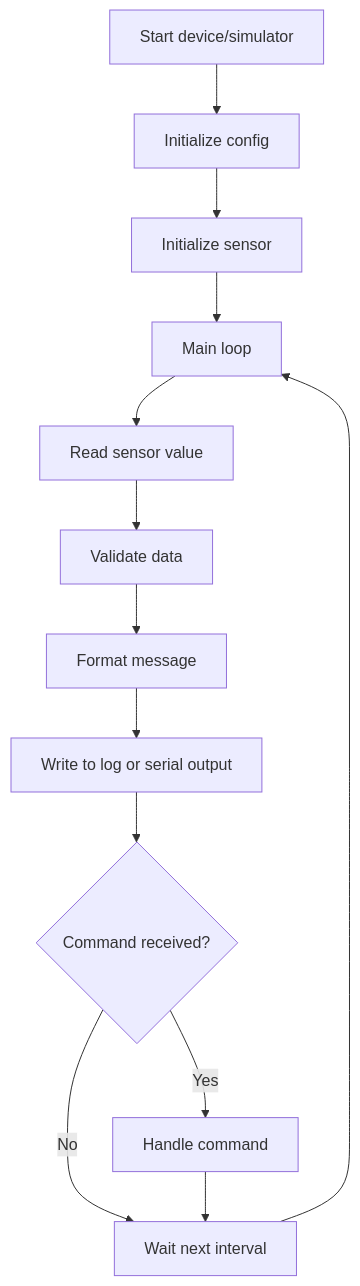
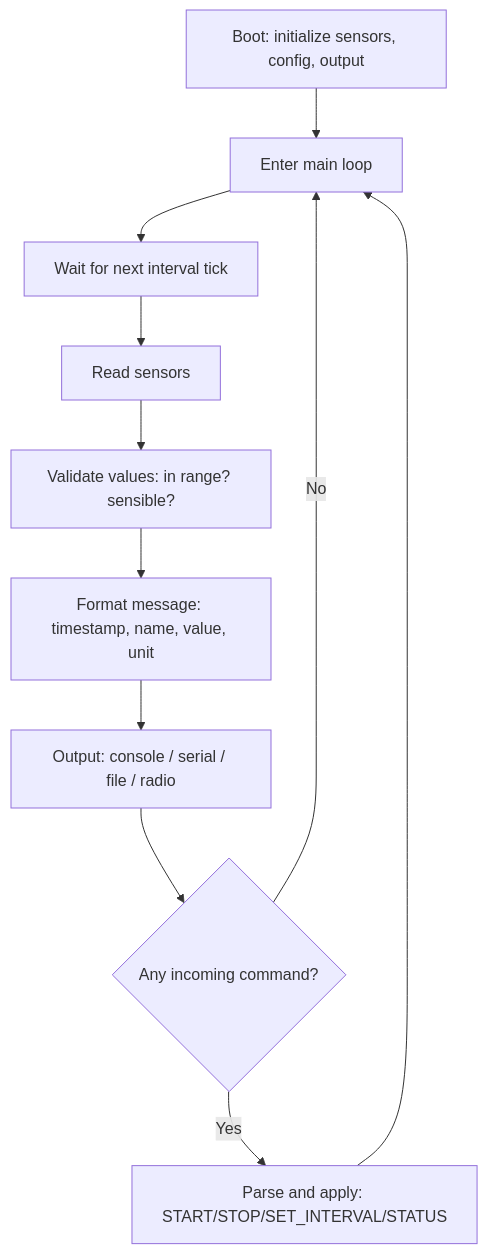
Before and after one commit to rmalkevy/Programming-Practice-Projects: the diagram in labs/lab-04-stm32-sensor-logger.md, drawn with Mermaid. The commit also changed other lines of this file and 3 other files, not shown here.

````diff
--- a/labs/lab-04-stm32-sensor-logger.md
+++ b/labs/lab-04-stm32-sensor-logger.md
@@ -35,15 +67,13 @@
 ```mermaid
 flowchart TD
-    A[Start device/simulator] --> B[Initialize config]
-    B --> C[Initialize sensor]
-    C --> D[Main loop]
-    D --> E[Read sensor value]
-    E --> F[Validate data]
-    F --> G[Format message]
-    G --> H[Write to log or serial output]
-    H --> I{Command received?}
-    I -- Yes --> J[Handle command]
-    I -- No --> K[Wait next interval]
-    J --> K
-    K --> D
+    A[Boot: initialize sensors, config, output] --> B[Enter main loop]
+    B --> C[Wait for next interval tick]
+    C --> D[Read sensors]
+    D --> E[Validate values: in range? sensible?]
+    E --> F[Format message: timestamp, name, value, unit]
+    F --> G[Output: console / serial / file / radio]
+    G --> H{Any incoming command?}
+    H -- Yes --> I[Parse and apply: START/STOP/SET_INTERVAL/STATUS]
+    H -- No --> B
+    I --> B
 ```
````
